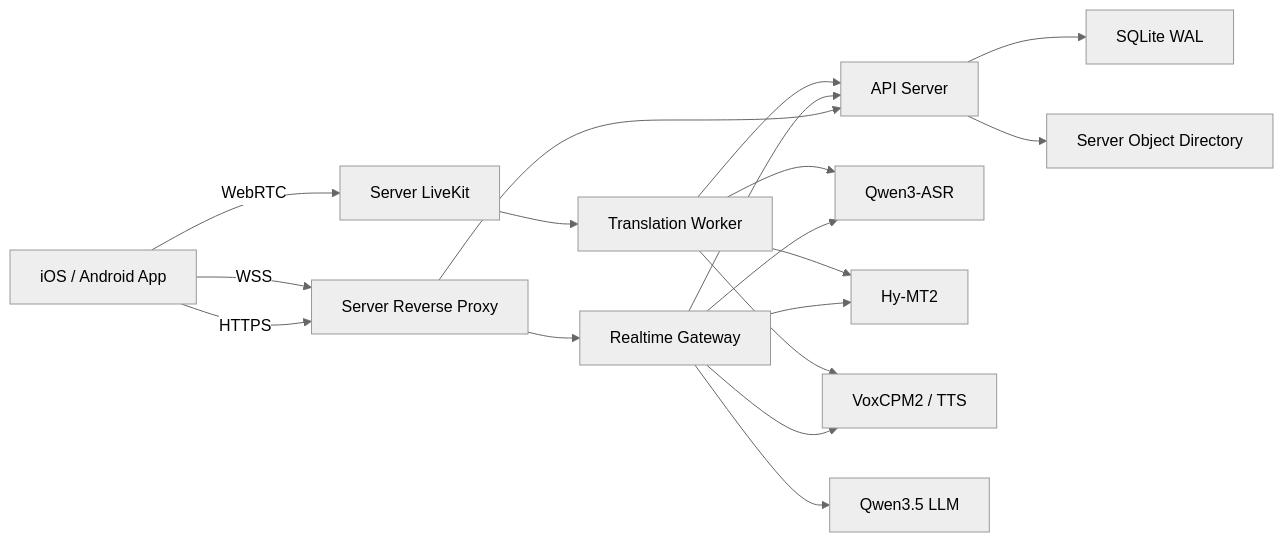
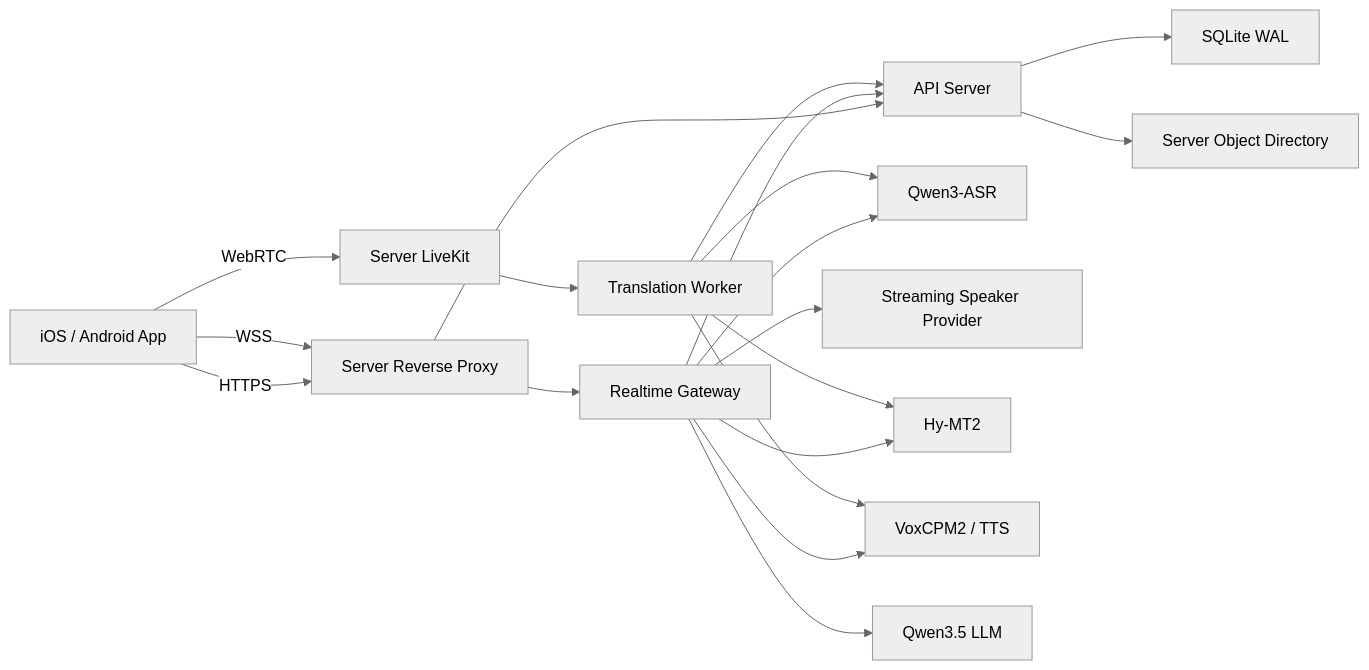
Before and after one commit to xutianliang77-create/ai-phone: the diagram in docs/ai-phone-two-tier-deployment-data-flow-design.md, drawn with Mermaid (neutral theme). The commit also changed other lines of this file and 104 other files, not shown here.

Commit message:
feat: add unified speaker attribution architecture

````diff
--- a/docs/ai-phone-two-tier-deployment-data-flow-design.md
+++ b/docs/ai-phone-two-tier-deployment-data-flow-design.md
@@ -18,22 +18,23 @@
 ```mermaid
 flowchart LR
     Phone["iOS / Android App"] -->|HTTPS| Proxy["Server Reverse Proxy"]
     Phone -->|WSS| Proxy
     Phone -->|WebRTC| LiveKit["Server LiveKit"]
 
     Proxy --> API["API Server"]
     Proxy --> Gateway["Realtime Gateway"]
     Gateway --> ASR["Qwen3-ASR"]
+    Gateway --> Speaker["Streaming Speaker Provider"]
     Gateway --> MT["Hy-MT2"]
     Gateway --> TTS["VoxCPM2 / TTS"]
     Gateway --> LLM["Qwen3.5 LLM"]
     Gateway --> API
     LiveKit --> Worker["Translation Worker"]
     Worker --> ASR
     Worker --> MT
     Worker --> TTS
     Worker --> API
 
     API --> SQLite["SQLite WAL"]
     API --> Objects["Server Object Directory"]
 ```
````
